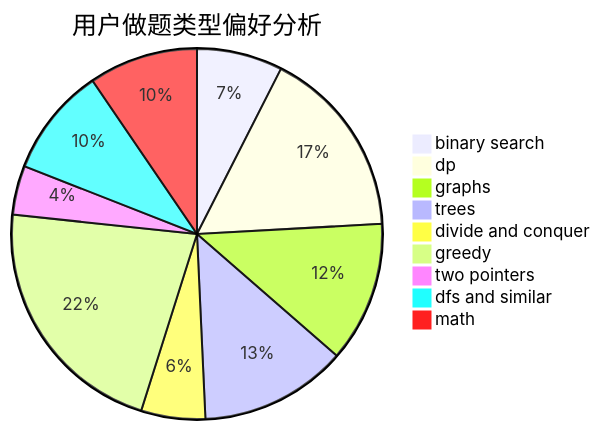
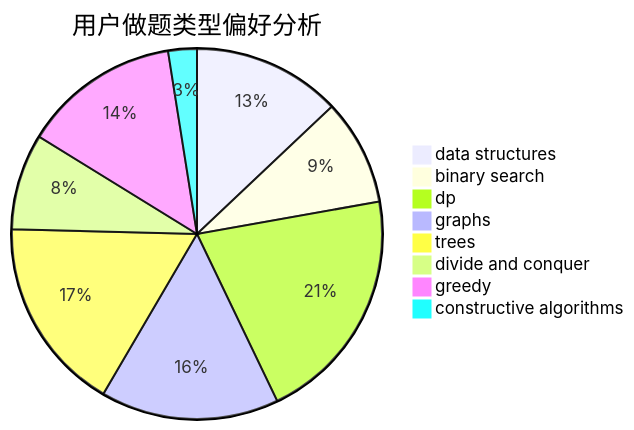
The second of 3 diagrams in docs/user/u849.md (sherpahu/cfrs.github.io), drawn with Mermaid before and after one commit. The commit also changed other lines of this file and 2775 other files, not shown here.

````diff
--- a/docs/user/u849.md
+++ b/docs/user/u849.md
@@ -23,12 +23,11 @@
 ```mermaid
 pie title 用户做题类型偏好分析
-    "binary search" :  103
-    "dp" :  229
-    "graphs" :  169
-    "trees" :  177
+    "data structures" :  119
+    "binary search" :  85
+    "dp" :  190
+    "graphs" :  143
+    "trees" :  156
     "divide and conquer" :  77
-    "greedy" :  300
-    "two pointers" :  59
-    "dfs and similar" :  131
-    "math" :  131
+    "greedy" :  126
+    "constructive algorithms" :  23
 ```
````
